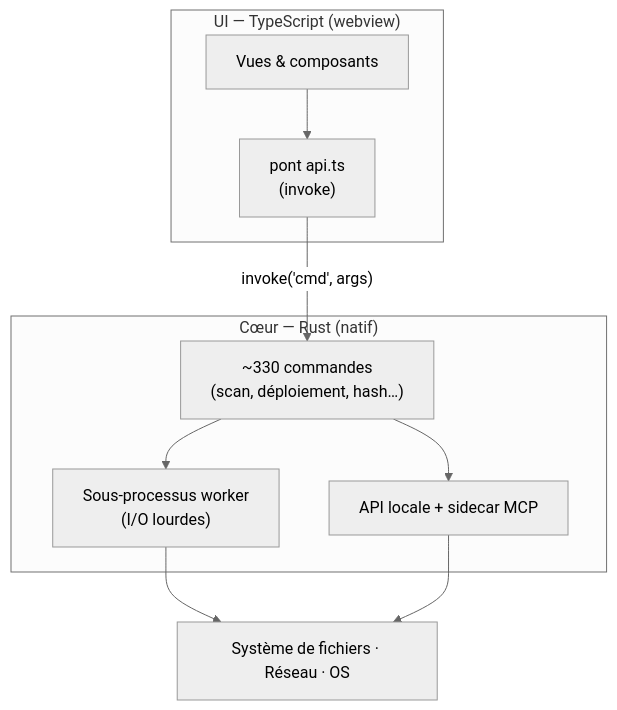
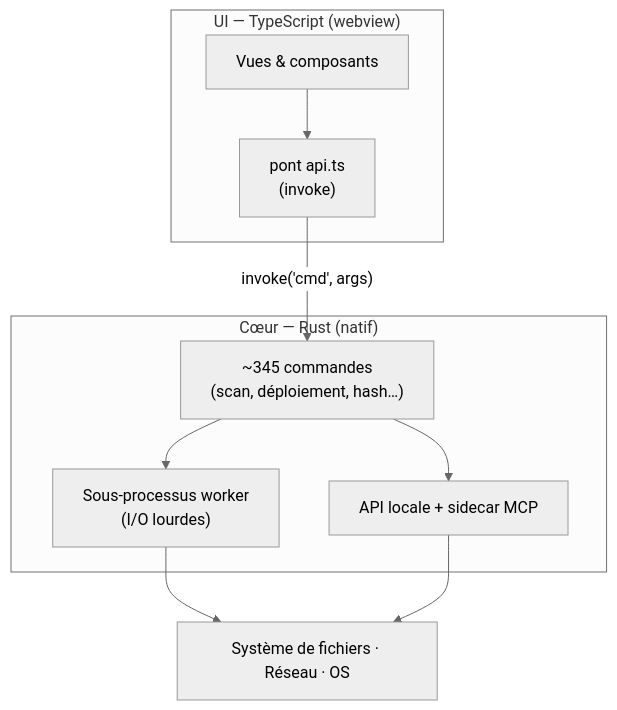
Before and after one commit to FreeProject089/BetterModsManager: the diagram in frontend/assets/docs/fr/how-it-works/architecture.md, drawn with Mermaid (neutral theme). The commit also changed 18 other files, not shown here.

````diff
--- a/frontend/assets/docs/fr/how-it-works/architecture.md
+++ b/frontend/assets/docs/fr/how-it-works/architecture.md
@@ -14,19 +14,19 @@
 ```mermaid
 flowchart TB
     subgraph UI["UI — TypeScript (webview)"]
         VIEWS["Vues &amp; composants"]
         BRIDGE["pont api.ts<br/>(invoke)"]
     end
     subgraph CORE["Cœur — Rust (natif)"]
-        CMDS["~330 commandes<br/>(scan, déploiement, hash…)"]
+        CMDS["~345 commandes<br/>(scan, déploiement, hash…)"]
         WORK["Sous-processus worker<br/>(I/O lourdes)"]
         HTTP["API locale + sidecar MCP"]
     end
     OS["Système de fichiers · Réseau · OS"]
 
     VIEWS --> BRIDGE
     BRIDGE -- "invoke('cmd', args)" --> CMDS
     CMDS --> WORK --> OS
     CMDS --> HTTP
     HTTP --> OS
 ```
````
